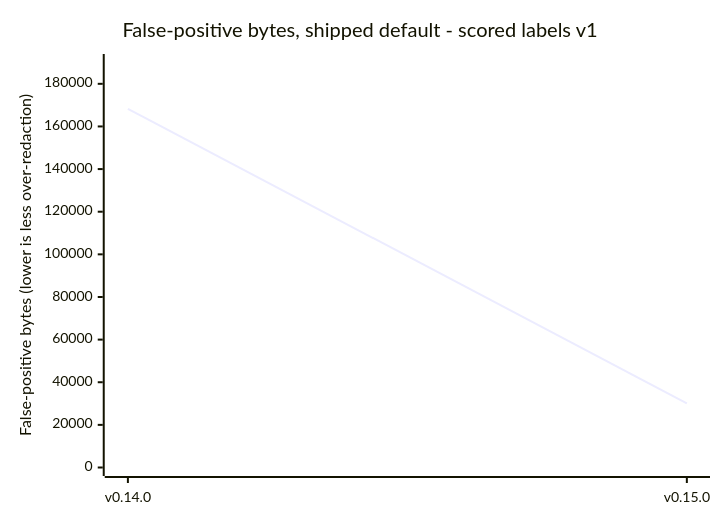
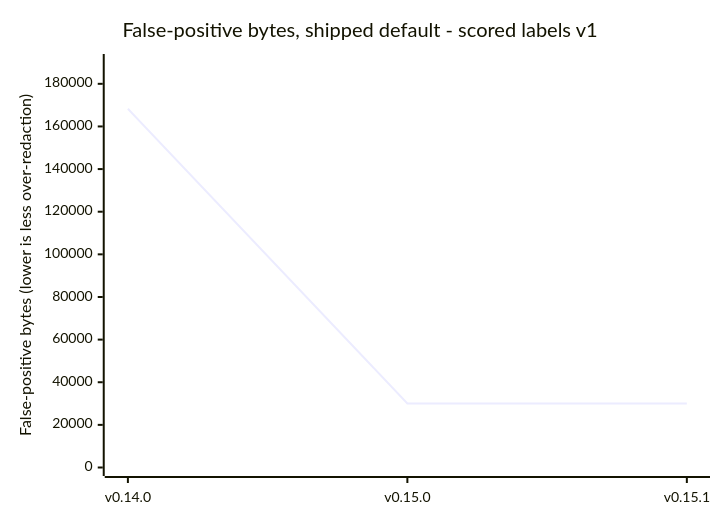
One commit to CertaMesh/gaze changed the third of 3 diagrams in docs/reference/benchmarks/README.md. Above: the diagram before and after it, drawn with Mermaid. The commit also changed other lines of this file and 39 other files, not shown here.

````diff
--- a/docs/reference/benchmarks/README.md
+++ b/docs/reference/benchmarks/README.md
@@ -356,7 +356,7 @@
 ```mermaid
 xychart-beta
     title "False-positive bytes, shipped default - scored labels v1"
-    x-axis ["v0.14.0", "v0.15.0"]
+    x-axis ["v0.14.0", "v0.15.0", "v0.15.1"]
     y-axis "False-positive bytes (lower is less over-redaction)" 0 --> 190000
-    line [168276, 30073]
+    line [168276, 30073, 30073]
 ```
````
